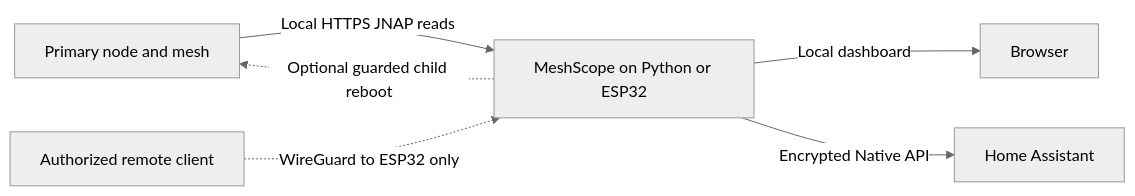
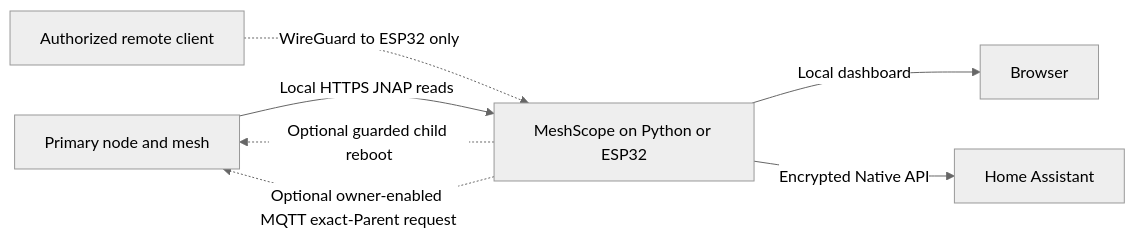
Before and after one commit to chinawrj/linksys-meshscope: the first of 2 diagrams in README.md, drawn with Mermaid (neutral theme). The commit also changed other lines of this file and 19 other files, not shown here.

Commit message:
Add verified MQTT parent steering API (#9)

````diff
--- a/README.md
+++ b/README.md
@@ -65,8 +72,9 @@
 ```mermaid
 flowchart LR
     Linksys["Primary node and mesh"] -->|"Local HTTPS JNAP reads"| Engine["MeshScope on Python or ESP32"]
     Engine -->|"Local dashboard"| Browser["Browser"]
     Engine -->|"Encrypted Native API"| HA["Home Assistant"]
     Remote["Authorized remote client"] -.->|"WireGuard to ESP32 only"| Engine
     Engine -.->|"Optional guarded child reboot"| Linksys
+    Engine -.->|"Optional owner-enabled MQTT exact-Parent request"| Linksys
 ```
````
